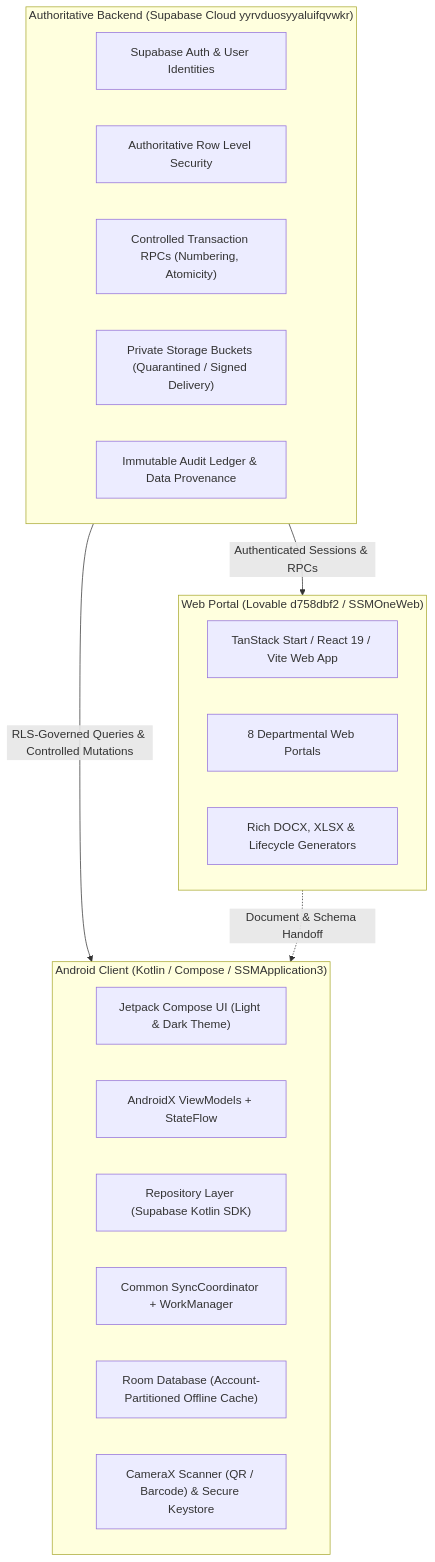
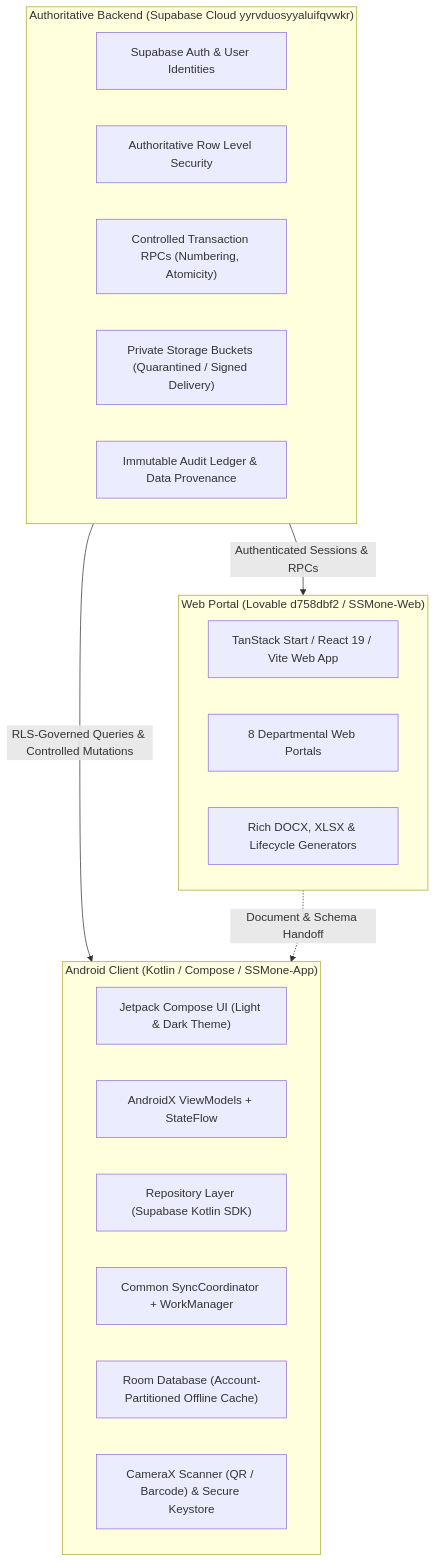
Before and after one commit to narendok/SSM-one-app: the first of 5 diagrams in docs/planning/SSM_ONE_ANDROID_BUILD_PLAN.md, drawn with Mermaid. The commit also changed other lines of this file and 9 other files, not shown here.

Commit message:
Name Android SSMone-App and document shared workspace entries

````diff
--- a/docs/planning/SSM_ONE_ANDROID_BUILD_PLAN.md
+++ b/docs/planning/SSM_ONE_ANDROID_BUILD_PLAN.md
@@ -17,29 +17,29 @@
 ```mermaid
 flowchart TD
     subgraph BackendAuthority["Authoritative Backend (Supabase Cloud yyrvduosyyaluifqvwkr)"]
         AUTH["Supabase Auth & User Identities"]
         RLS["Authoritative Row Level Security"]
         RPC["Controlled Transaction RPCs (Numbering, Atomicity)"]
         BUCKETS["Private Storage Buckets (Quarantined / Signed Delivery)"]
         AUDIT["Immutable Audit Ledger & Data Provenance"]
     end
 
-    subgraph WebPortal["Web Portal (Lovable d758dbf2 / SSMOneWeb)"]
+    subgraph WebPortal["Web Portal (Lovable d758dbf2 / SSMone-Web)"]
         WEB_UI["TanStack Start / React 19 / Vite Web App"]
         WEB_WORKSPACES["8 Departmental Web Portals"]
         WEB_EDITORS["Rich DOCX, XLSX & Lifecycle Generators"]
     end
 
-    subgraph AndroidClient["Android Client (Kotlin / Compose / SSMApplication3)"]
+    subgraph AndroidClient["Android Client (Kotlin / Compose / SSMone-App)"]
         COMPOSE["Jetpack Compose UI (Light & Dark Theme)"]
         VIEWMODEL["AndroidX ViewModels + StateFlow"]
         REPO["Repository Layer (Supabase Kotlin SDK)"]
         SYNC["Common SyncCoordinator + WorkManager"]
         ROOM["Room Database (Account-Partitioned Offline Cache)"]
         HARDWARE["CameraX Scanner (QR / Barcode) & Secure Keystore"]
     end
 
     BackendAuthority -->|Authenticated Sessions & RPCs| WebPortal
     BackendAuthority -->|RLS-Governed Queries & Controlled Mutations| AndroidClient
     WebPortal -.->|Document & Schema Handoff| AndroidClient
 ```
````
